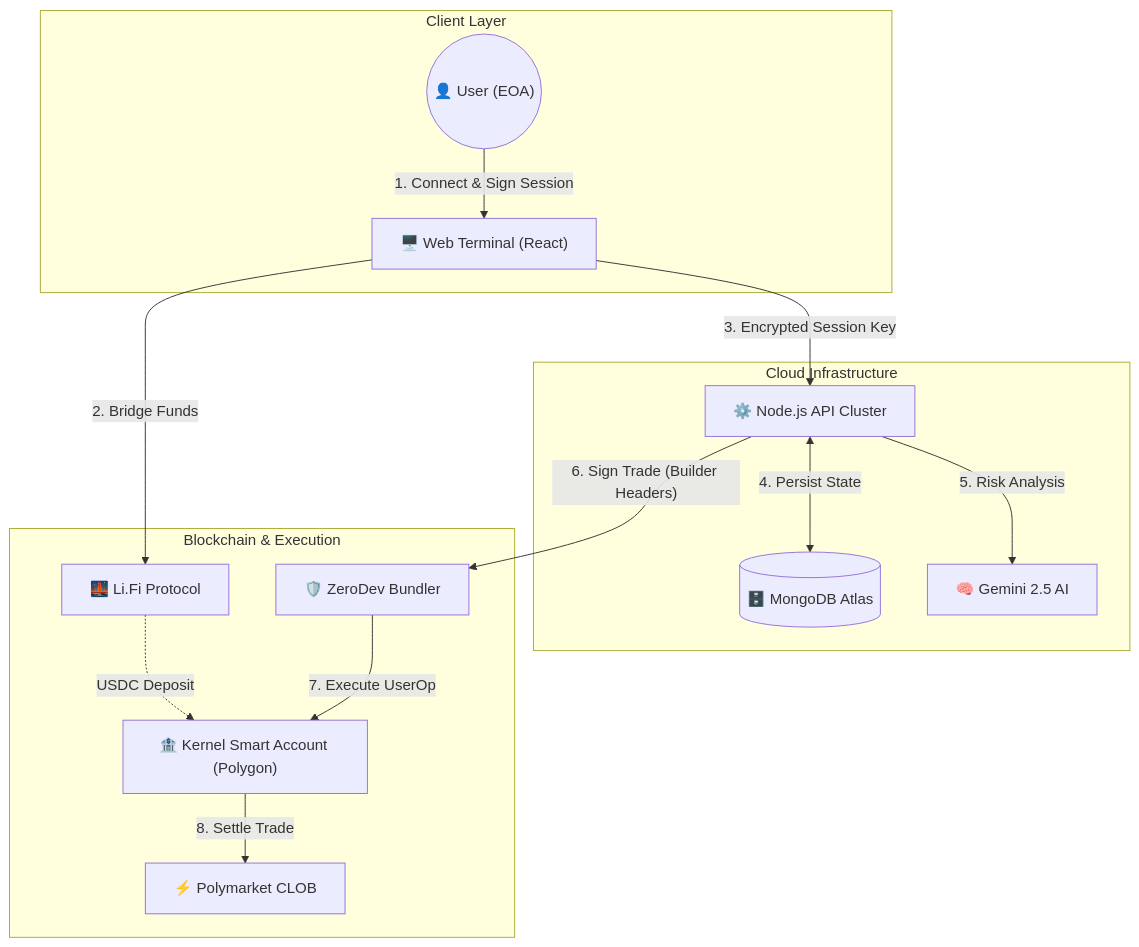
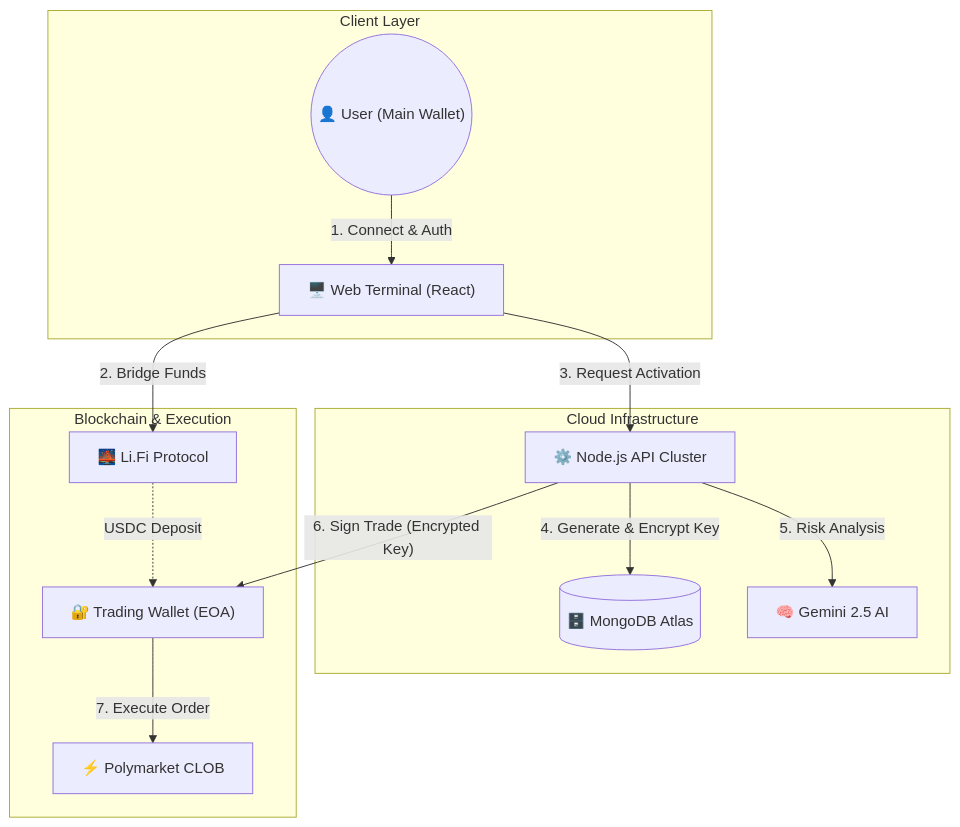
One commit to braavos-wd/betmirror changed the diagram in README.md. Above: the diagram before and after it, drawn with Mermaid. The commit also changed other lines of this file and 6 other files, not shown here.

````diff
--- a/README.md
+++ b/README.md
@@ -109,34 +108,32 @@
 ```mermaid
 graph TD
     subgraph "Client Layer"
-        User(("👤 User (EOA)"))
+        User(("👤 User (Main Wallet)"))
         Browser["🖥️ Web Terminal (React)"]
     end
 
     subgraph "Cloud Infrastructure"
         API["⚙️ Node.js API Cluster"]
         DB[("🗄️ MongoDB Atlas")]
         Gemini["🧠 Gemini 2.5 AI"]
     end
 
     subgraph "Blockchain & Execution"
         LiFi["🌉 Li.Fi Protocol"]
-        ZeroDev["🛡️ ZeroDev Bundler"]
-        SmartAccount["🏦 Kernel Smart Account (Polygon)"]
+        TradingWallet["🔐 Trading Wallet (EOA)"]
         CLOB["⚡ Polymarket CLOB"]
     end
 
     %% Flows
-    User -->|"1. Connect & Sign Session"| Browser
+    User -->|"1. Connect & Auth"| Browser
     Browser -->|"2. Bridge Funds"| LiFi
-    LiFi -.->|"USDC Deposit"| SmartAccount
+    LiFi -.->|"USDC Deposit"| TradingWallet
     
-    Browser -->|"3. Encrypted Session Key"| API
-    API <-->|"4. Persist State"| DB
+    Browser -->|"3. Request Activation"| API
+    API -->|"4. Generate & Encrypt Key"| DB
     
     API -->|"5. Risk Analysis"| Gemini
     
-    API -->|"6. Sign Trade (Builder Headers)"| ZeroDev
-    ZeroDev -->|"7. Execute UserOp"| SmartAccount
-    SmartAccount -->|"8. Settle Trade"| CLOB
+    API -->|"6. Sign Trade (Encrypted Key)"| TradingWallet
+    TradingWallet -->|"7. Execute Order"| CLOB
 ```
````
